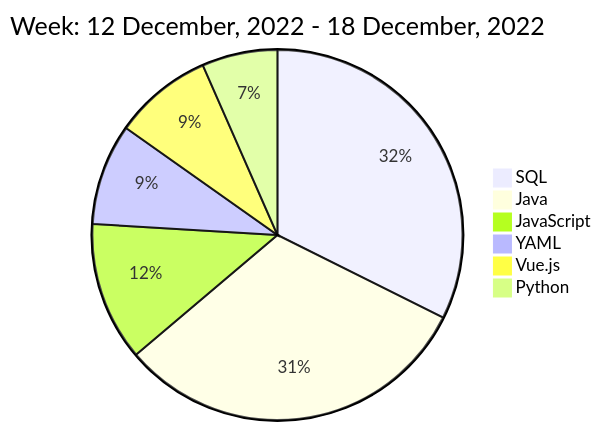
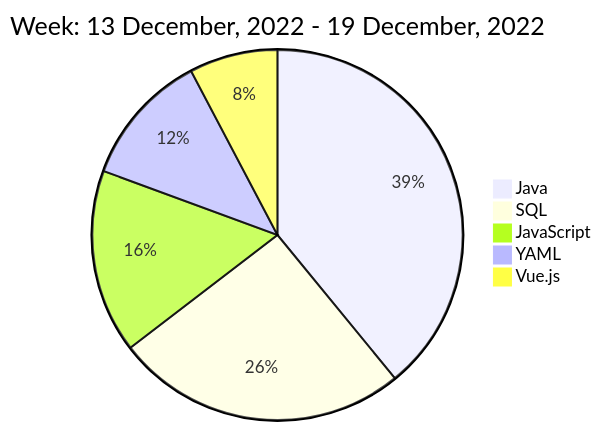
The diagram in README.md (liubin95/liubin95), drawn with Mermaid before and after one commit.

Commit message:
Updated the Graph with new Metrics

````diff
--- a/README.md
+++ b/README.md
@@ -40,10 +40,9 @@
 ```mermaid
  pie
-title Week: 12 December, 2022 - 18 December, 2022
- "SQL" : 4.32
- "Java" : 4.2
+title Week: 13 December, 2022 - 19 December, 2022
+ "Java" : 3.95
+ "SQL" : 2.58
  "JavaScript" : 1.62
  "YAML" : 1.18
- "Vue.js" : 1.15
- "Python" : 0.88
+ "Vue.js" : 0.78
 ```
````
